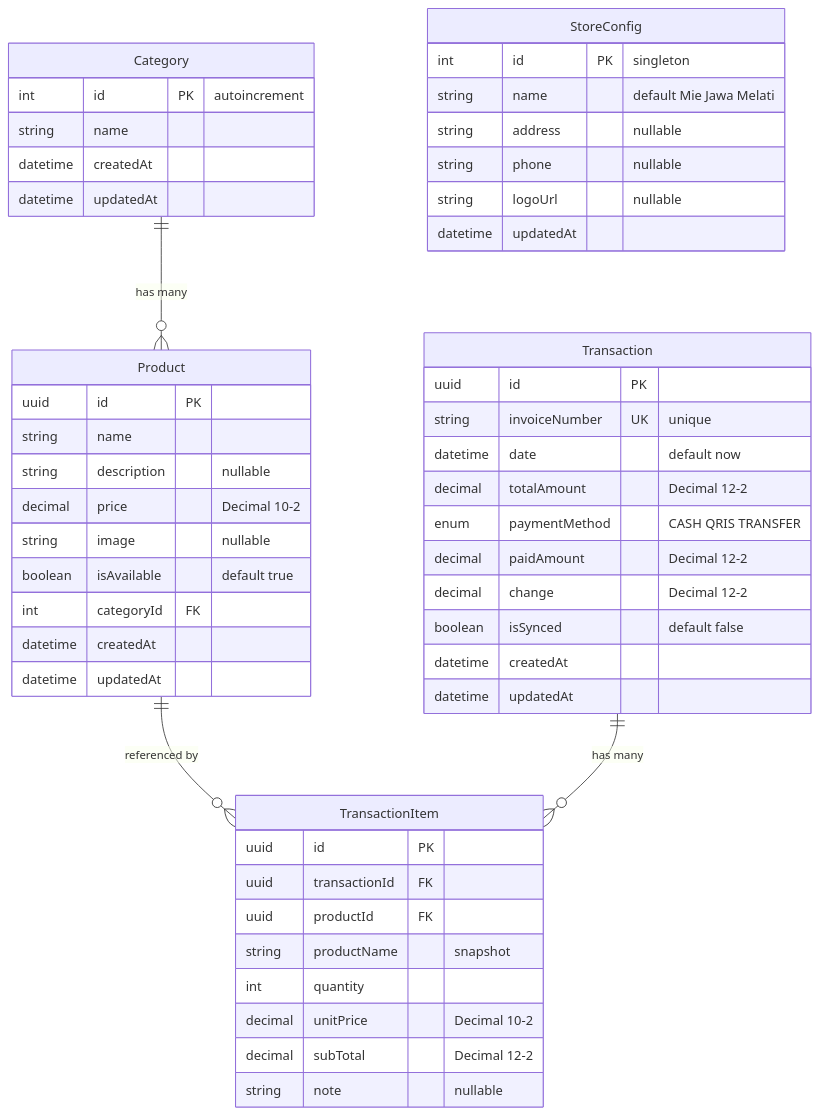
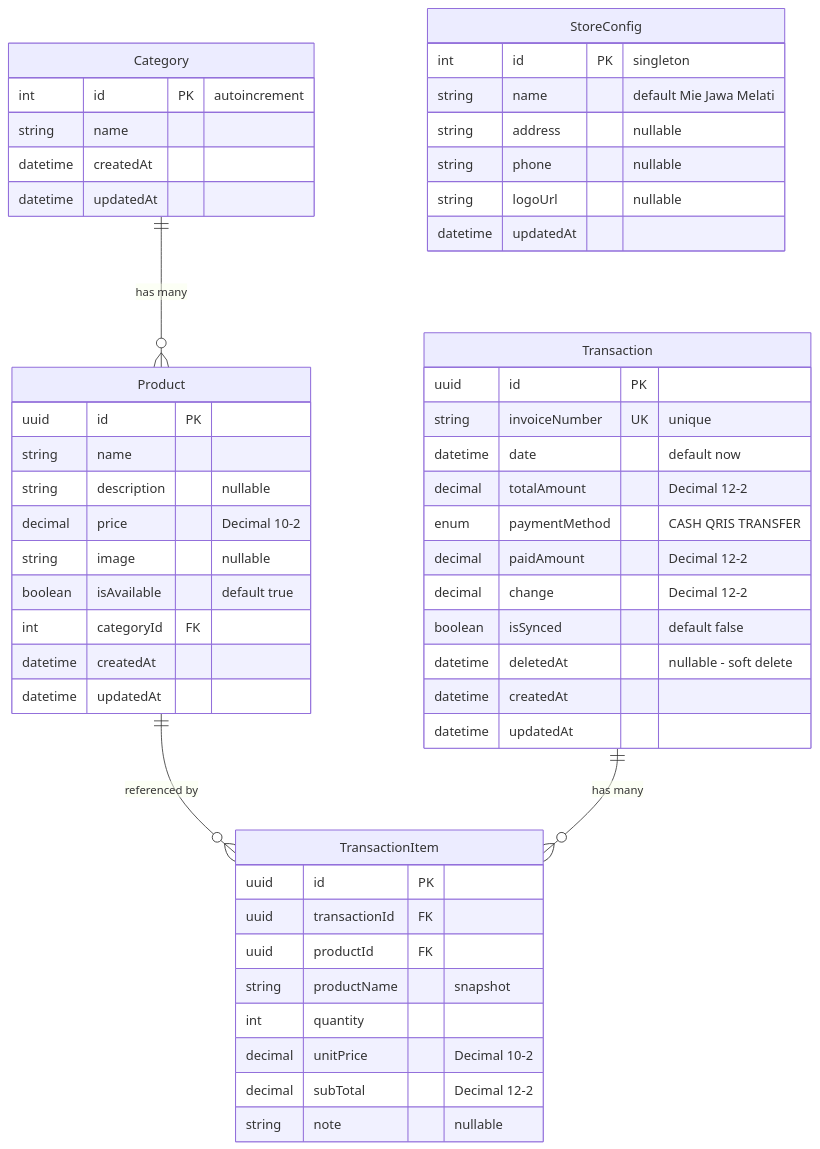
Before and after one commit to Aldyfaisal80/pos-pwa-mie-jawa-melati: the diagram in docs/DATABASE.md, drawn with Mermaid. The commit also changed other lines of this file and 3 other files, not shown here.

Commit message:
feat: implement soft delete functionality for transactions and update related documentation

````diff
--- a/docs/DATABASE.md
+++ b/docs/DATABASE.md
@@ -14,58 +14,59 @@
 ```mermaid
 erDiagram
     Category ||--o{ Product : "has many"
     Product ||--o{ TransactionItem : "referenced by"
     Transaction ||--o{ TransactionItem : "has many"
 
     Category {
         int id PK "autoincrement"
         string name
         datetime createdAt
         datetime updatedAt
     }
 
     Product {
         uuid id PK
         string name
         string description "nullable"
         decimal price "Decimal 10-2"
         string image "nullable"
         boolean isAvailable "default true"
         int categoryId FK
         datetime createdAt
         datetime updatedAt
     }
 
     Transaction {
         uuid id PK
         string invoiceNumber UK "unique"
         datetime date "default now"
         decimal totalAmount "Decimal 12-2"
         enum paymentMethod "CASH QRIS TRANSFER"
         decimal paidAmount "Decimal 12-2"
         decimal change "Decimal 12-2"
         boolean isSynced "default false"
+        datetime deletedAt "nullable - soft delete"
         datetime createdAt
         datetime updatedAt
     }
 
     TransactionItem {
         uuid id PK
         uuid transactionId FK
         uuid productId FK
         string productName "snapshot"
         int quantity
         decimal unitPrice "Decimal 10-2"
         decimal subTotal "Decimal 12-2"
         string note "nullable"
     }
 
     StoreConfig {
         int id PK "singleton"
         string name "default Mie Jawa Melati"
         string address "nullable"
         string phone "nullable"
         string logoUrl "nullable"
         datetime updatedAt
     }
 ```
````
